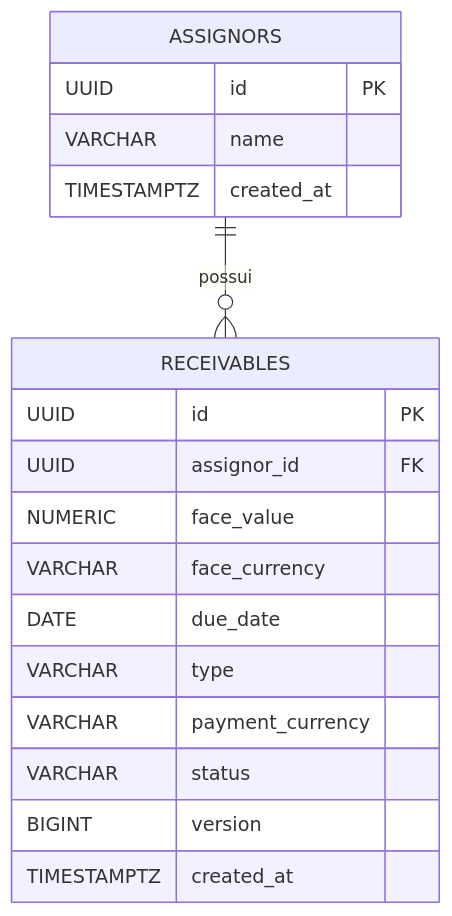
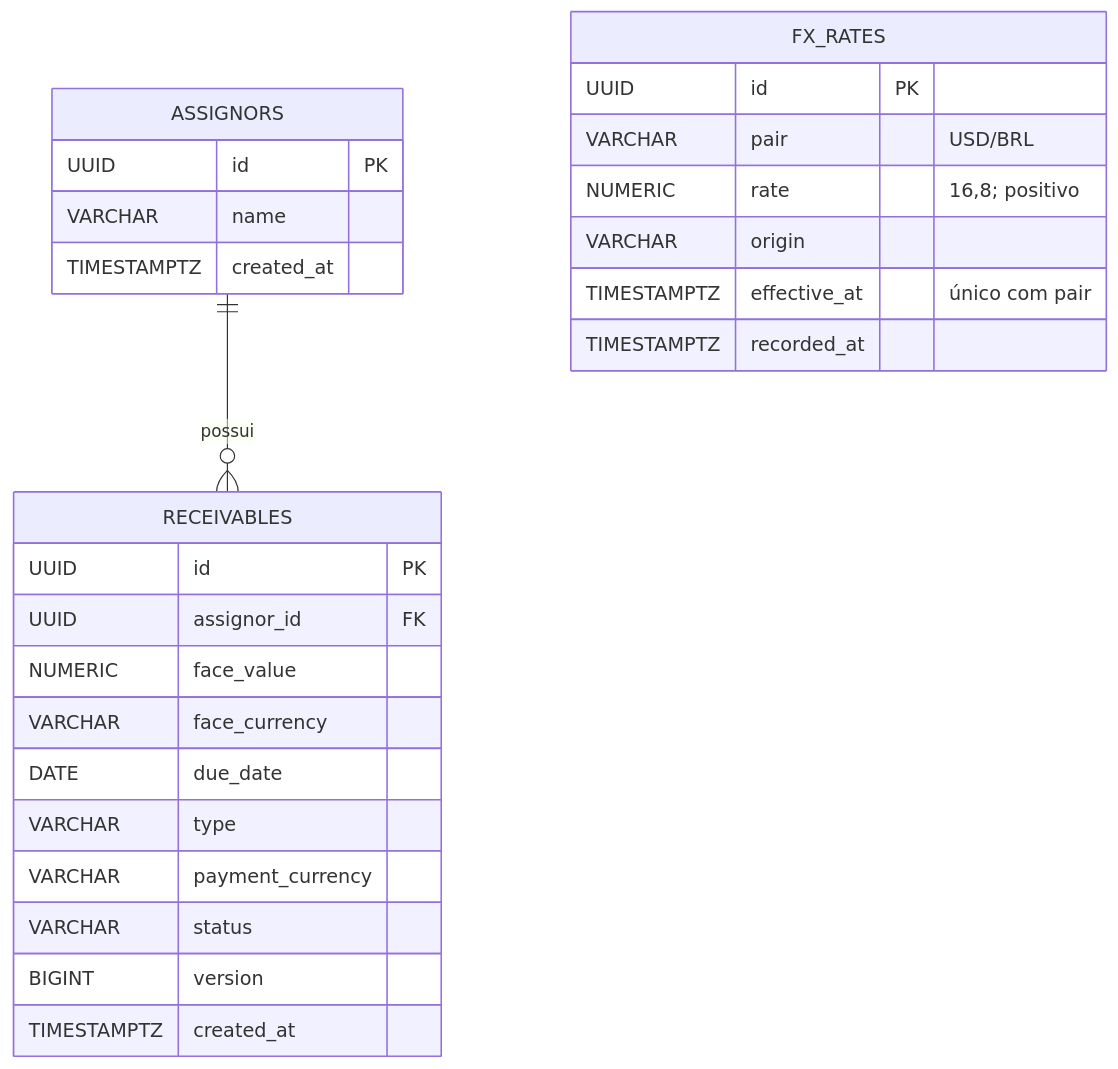
The diagram in docs/er.md (rodsussumu/srm-asset-test), drawn with Mermaid before and after one commit. The commit also changed other lines of this file and 46 other files, not shown here.

````diff
--- a/docs/er.md
+++ b/docs/er.md
@@ -5,21 +5,29 @@
 ```mermaid
 erDiagram
     ASSIGNORS ||--o{ RECEIVABLES : possui
     ASSIGNORS {
         UUID id PK
         VARCHAR name
         TIMESTAMPTZ created_at
     }
     RECEIVABLES {
         UUID id PK
         UUID assignor_id FK
         NUMERIC face_value
         VARCHAR face_currency
         DATE due_date
         VARCHAR type
         VARCHAR payment_currency
         VARCHAR status
         BIGINT version
         TIMESTAMPTZ created_at
     }
+    FX_RATES {
+        UUID id PK
+        VARCHAR pair "USD/BRL"
+        NUMERIC rate "16,8; positivo"
+        VARCHAR origin
+        TIMESTAMPTZ effective_at "único com pair"
+        TIMESTAMPTZ recorded_at
+    }
 ```
````
